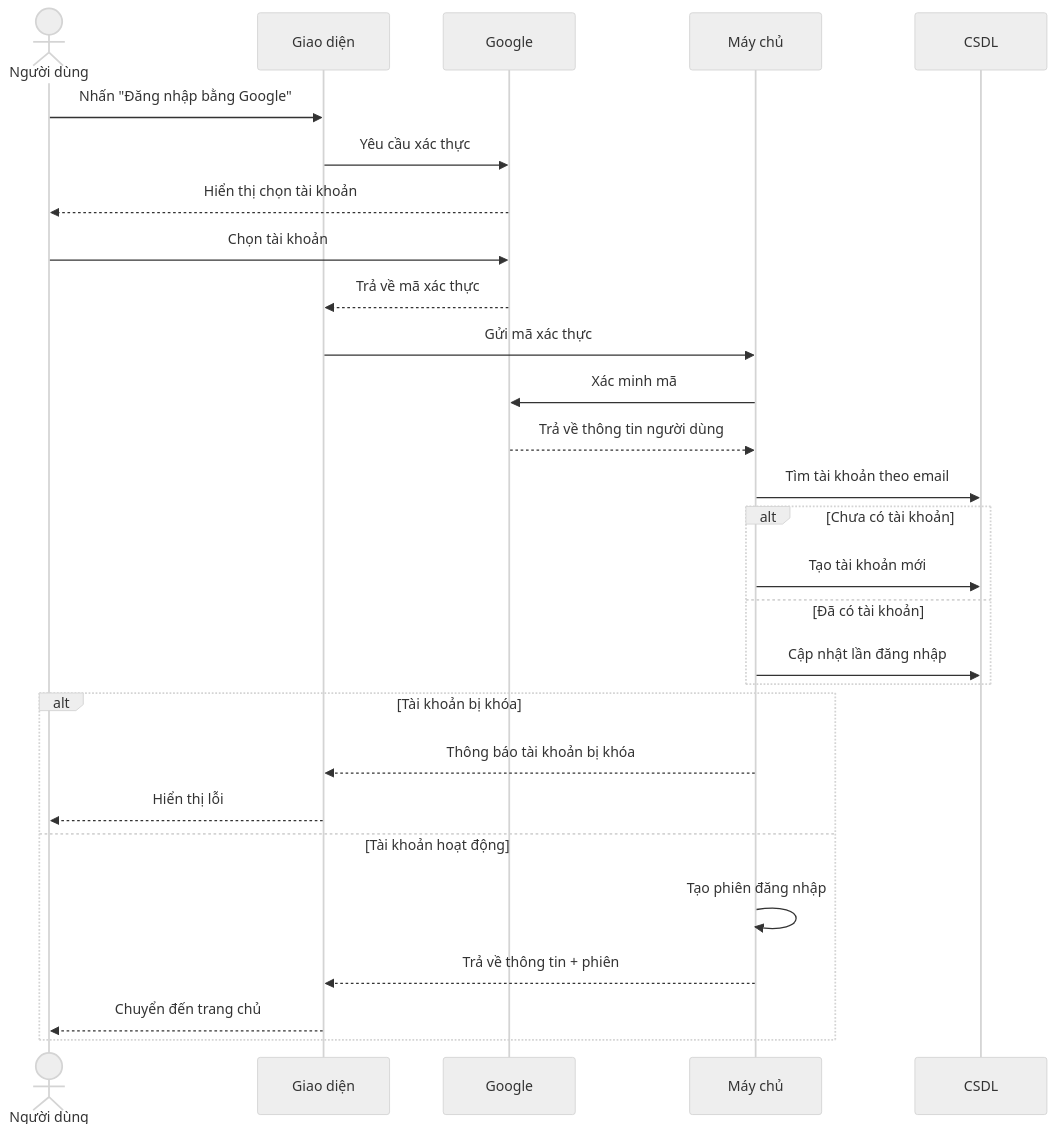
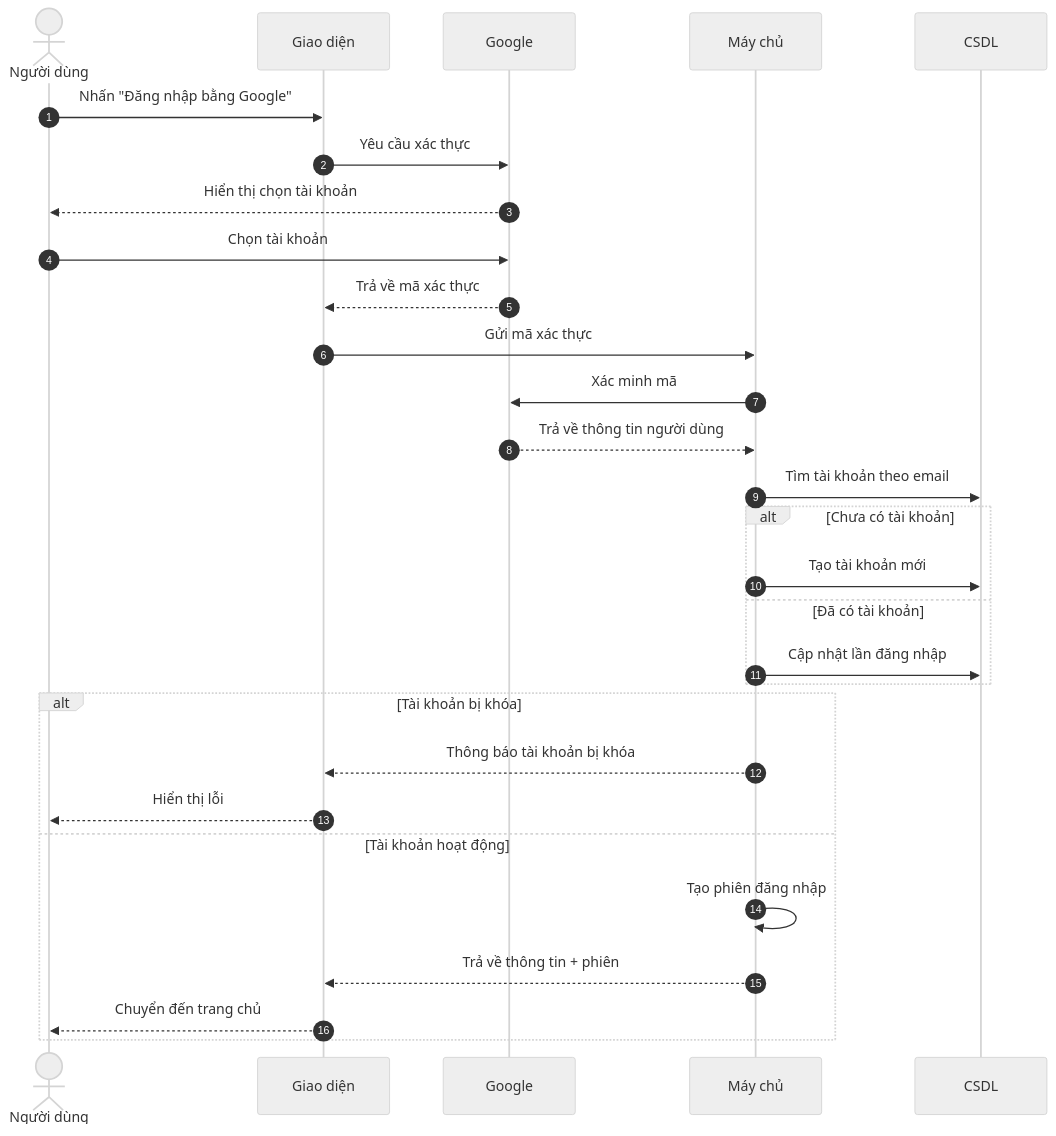
One commit to duynguyen2003/ccna-master changed the first of 9 diagrams in Markdown/sequence_diagrams.md. Above: the diagram before and after it, drawn with Mermaid (neutral theme). The commit also changed other lines of this file and 1 other file, not shown here.

````diff
--- a/Markdown/sequence_diagrams.md
+++ b/Markdown/sequence_diagrams.md
@@ -7,35 +7,36 @@
 ```mermaid
 sequenceDiagram
+    autonumber
     actor User as Người dùng
     participant FE as Giao diện
     participant Google as Google
     participant BE as Máy chủ
     participant DB as CSDL
 
     User->>FE: Nhấn "Đăng nhập bằng Google"
     FE->>Google: Yêu cầu xác thực
     Google-->>User: Hiển thị chọn tài khoản
     User->>Google: Chọn tài khoản
     Google-->>FE: Trả về mã xác thực
 
     FE->>BE: Gửi mã xác thực
     BE->>Google: Xác minh mã
     Google-->>BE: Trả về thông tin người dùng
 
     BE->>DB: Tìm tài khoản theo email
 
     alt Chưa có tài khoản
         BE->>DB: Tạo tài khoản mới
     else Đã có tài khoản
         BE->>DB: Cập nhật lần đăng nhập
     end
 
     alt Tài khoản bị khóa
         BE-->>FE: Thông báo tài khoản bị khóa
         FE-->>User: Hiển thị lỗi
     else Tài khoản hoạt động
         BE->>BE: Tạo phiên đăng nhập
         BE-->>FE: Trả về thông tin + phiên
         FE-->>User: Chuyển đến trang chủ
     end
 ```
````
